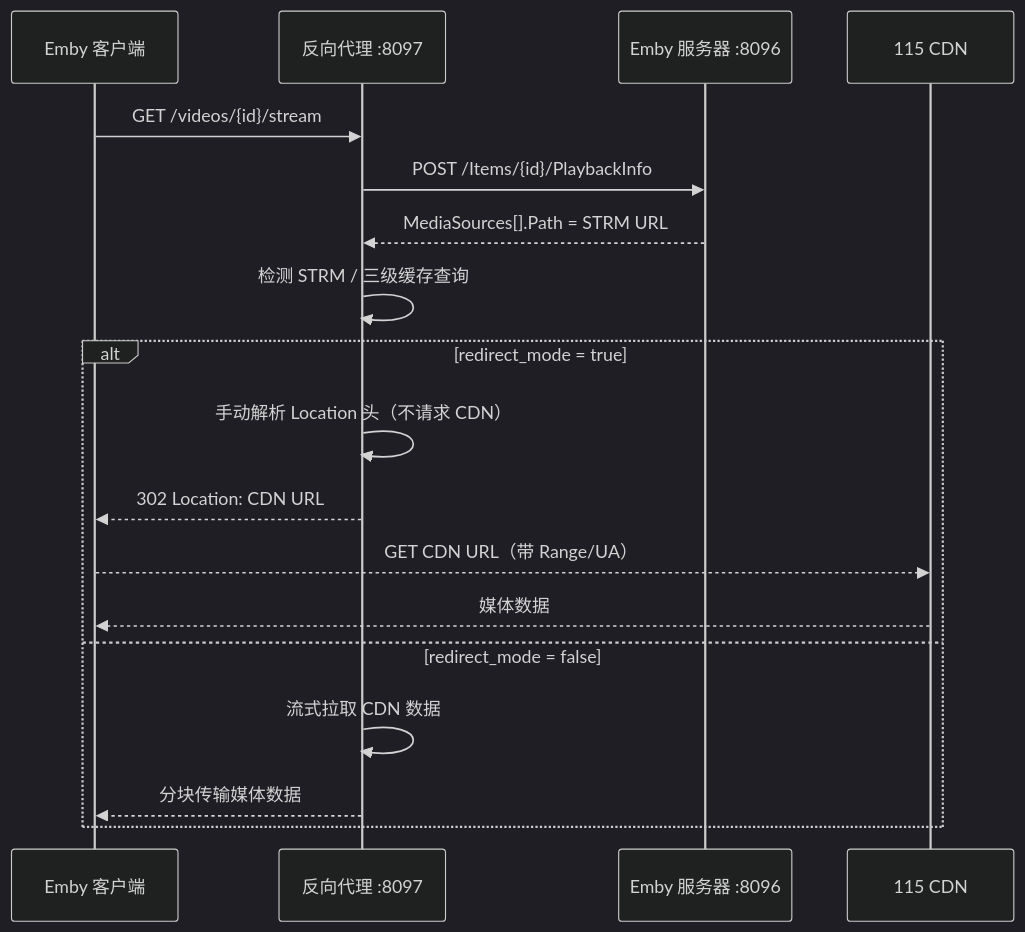
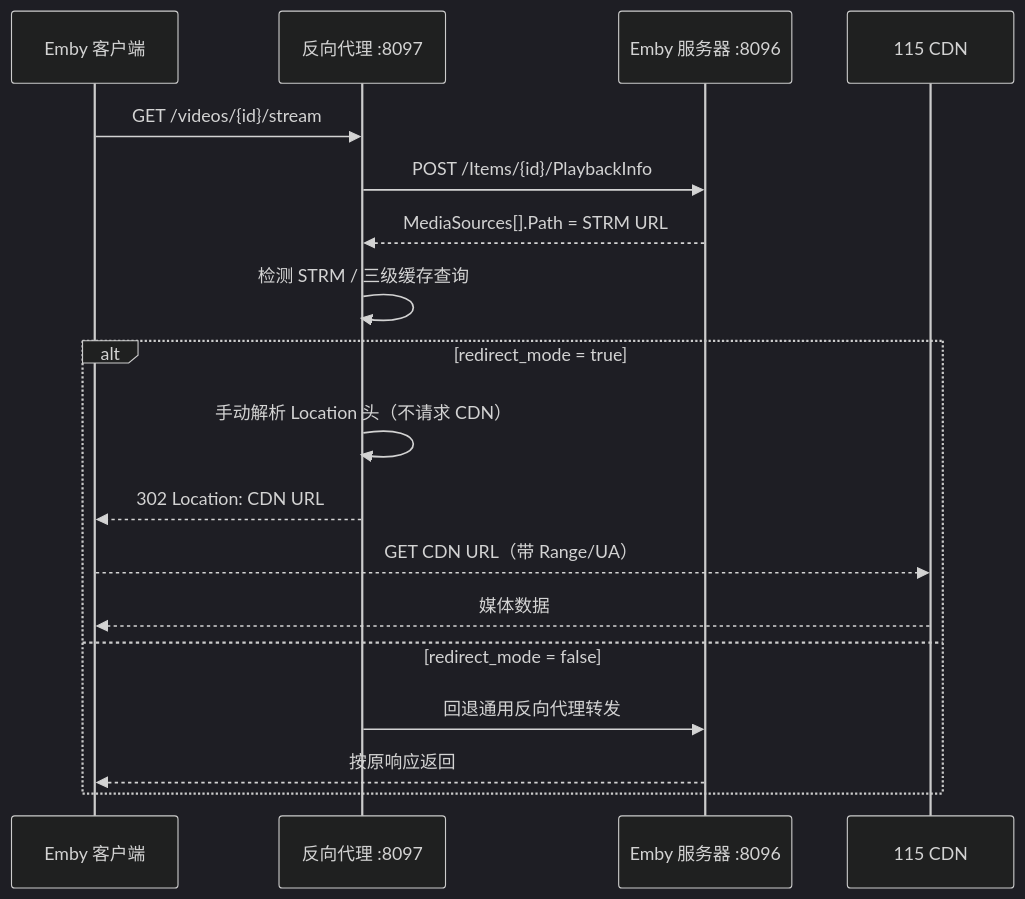
The second of 3 diagrams in .monkeycode/docs/ARCHITECTURE.md (cdlongbow/115StrmTool), drawn with Mermaid (dark theme) before and after one commit. The commit also changed other lines of this file and 13 other files, not shown here.

````diff
--- a/.monkeycode/docs/ARCHITECTURE.md
+++ b/.monkeycode/docs/ARCHITECTURE.md
@@ -147,21 +147,21 @@
 ```mermaid
 sequenceDiagram
     participant Client as Emby 客户端
     participant Proxy as 反向代理 :8097
     participant EmbySrv as Emby 服务器 :8096
     participant CDN as 115 CDN
 
     Client->>Proxy: GET /videos/{id}/stream
     Proxy->>EmbySrv: POST /Items/{id}/PlaybackInfo
     EmbySrv-->>Proxy: MediaSources[].Path = STRM URL
     Proxy->>Proxy: 检测 STRM / 三级缓存查询
     alt redirect_mode = true
         Proxy->>Proxy: 手动解析 Location 头（不请求 CDN）
         Proxy-->>Client: 302 Location: CDN URL
         Client-->>CDN: GET CDN URL（带 Range/UA）
         CDN-->>Client: 媒体数据
     else redirect_mode = false
-        Proxy->>Proxy: 流式拉取 CDN 数据
-        Proxy-->>Client: 分块传输媒体数据
+        Proxy->>EmbySrv: 回退通用反向代理转发
+        EmbySrv-->>Client: 按原响应返回
     end
 ```
````
